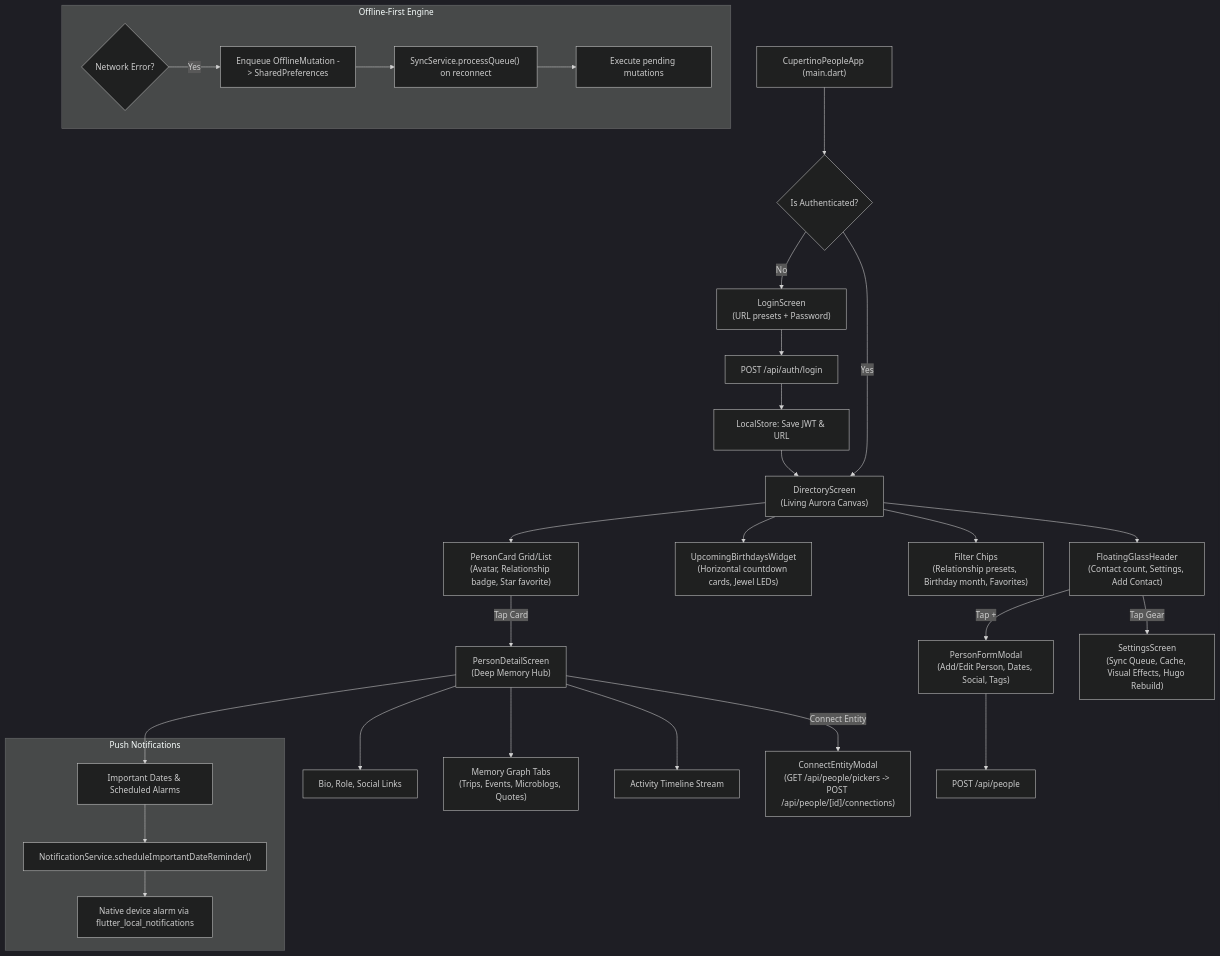
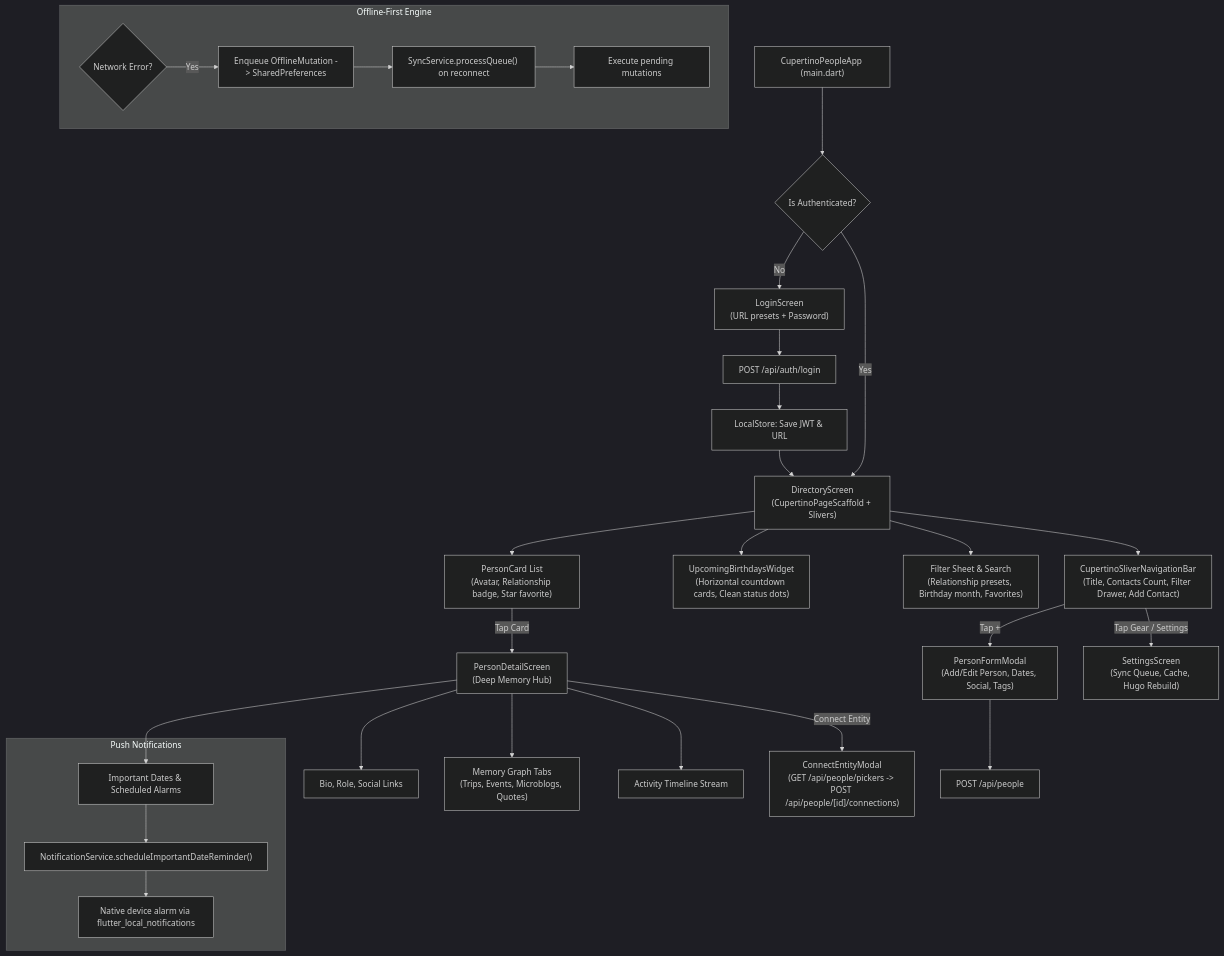
Before and after one commit to blackpiratelive/admin-cms: the diagram in PEOPLE_APP_HANDOFF.md, drawn with Mermaid (dark theme). The commit also changed other lines of this file and 27 other files, not shown here.

````diff
--- a/PEOPLE_APP_HANDOFF.md
+++ b/PEOPLE_APP_HANDOFF.md
@@ -86,41 +81,41 @@
 ```mermaid
 flowchart TD
     App["CupertinoPeopleApp (main.dart)"] --> AuthCheck{"Is Authenticated?"}
     
     AuthCheck -- No --> Login["LoginScreen\n(URL presets + Password)"]
     Login --> AuthAPI["POST /api/auth/login"]
     AuthAPI --> StoreToken["LocalStore: Save JWT & URL"]
     StoreToken --> Directory
     
-    AuthCheck -- Yes --> Directory["DirectoryScreen\n(Living Aurora Canvas)"]
+    AuthCheck -- Yes --> Directory["DirectoryScreen\n(CupertinoPageScaffold + Slivers)"]
     
-    Directory --> Header["FloatingGlassHeader\n(Contact count, Settings, Add Contact)"]
-    Directory --> BirthdayTray["UpcomingBirthdaysWidget\n(Horizontal countdown cards, Jewel LEDs)"]
-    Directory --> FilterChips["Filter Chips\n(Relationship presets, Birthday month, Favorites)"]
-    Directory --> ContactCards["PersonCard Grid/List\n(Avatar, Relationship badge, Star favorite)"]
+    Directory --> NavBar["CupertinoSliverNavigationBar\n(Title, Contacts Count, Filter Drawer, Add Contact)"]
+    Directory --> BirthdayTray["UpcomingBirthdaysWidget\n(Horizontal countdown cards, Clean status dots)"]
+    Directory --> FilterDrawer["Filter Sheet & Search\n(Relationship presets, Birthday month, Favorites)"]
+    Directory --> ContactCards["PersonCard List\n(Avatar, Relationship badge, Star favorite)"]
     
     ContactCards -- "Tap Card" --> DetailScreen["PersonDetailScreen\n(Deep Memory Hub)"]
     DetailScreen --> BioCard["Bio, Role, Social Links"]
     DetailScreen --> DatesCard["Important Dates & Scheduled Alarms"]
     DetailScreen --> ConnectionsTabs["Memory Graph Tabs\n(Trips, Events, Microblogs, Quotes)"]
     DetailScreen --> TimelineStream["Activity Timeline Stream"]
     
     DetailScreen -- "Connect Entity" --> ConnectModal["ConnectEntityModal\n(GET /api/people/pickers -> POST /api/people/[id]/connections)"]
     
-    Header -- "Tap +" --> PersonForm["PersonFormModal\n(Add/Edit Person, Dates, Social, Tags)"]
+    NavBar -- "Tap +" --> PersonForm["PersonFormModal\n(Add/Edit Person, Dates, Social, Tags)"]
     PersonForm --> APIPost["POST /api/people"]
     
-    Header -- "Tap Gear" --> Settings["SettingsScreen\n(Sync Queue, Cache, Visual Effects, Hugo Rebuild)"]
+    NavBar -- "Tap Gear / Settings" --> Settings["SettingsScreen\n(Sync Queue, Cache, Hugo Rebuild)"]
     
     subgraph OfflineSync ["Offline-First Engine"]
       NetworkFail{"Network Error?"}
       NetworkFail -- Yes --> Enqueue["Enqueue OfflineMutation -> SharedPreferences"]
       Enqueue --> BackgroundWorker["SyncService.processQueue() on reconnect"]
       BackgroundWorker --> Processed["Execute pending mutations"]
     end
     
     subgraph NotificationEngine ["Push Notifications"]
       DatesCard --> ScheduleNotif["NotificationService.scheduleImportantDateReminder()"]
       ScheduleNotif --> LocalNotification["Native device alarm via flutter_local_notifications"]
     end
 ```
````
